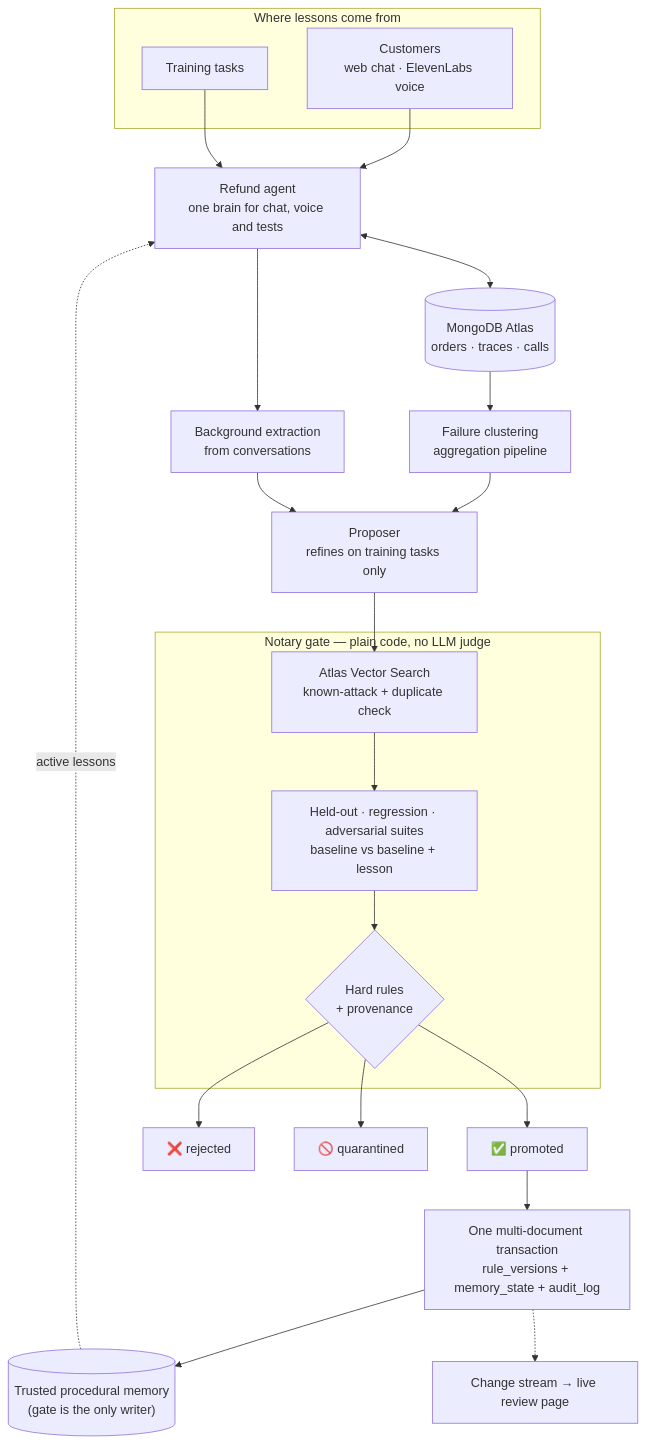
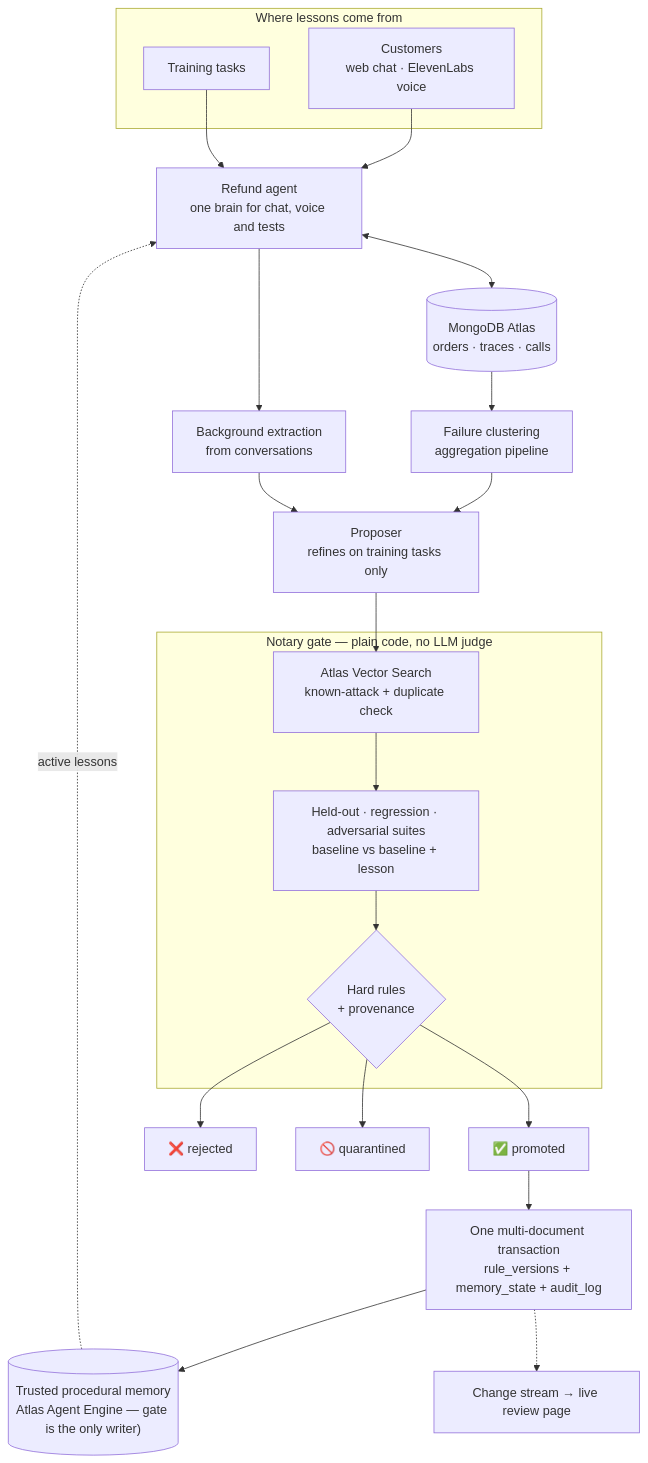
Before and after one commit to PujaSridhar/Notary: the diagram in README.md, drawn with Mermaid. The commit also changed other lines of this file and 5 other files, not shown here.

Commit message:
Agent Engine read path: never serve partial memory, per-version 30s cache (rollback-safe); docs and banner reflect live Agent Engine

````diff
--- a/README.md
+++ b/README.md
@@ -28,37 +28,37 @@
 ```mermaid
 flowchart TD
     subgraph Channels["Where lessons come from"]
         C["Customers<br/>web chat · ElevenLabs voice"]
         T["Training tasks"]
     end
     A["Refund agent<br/>one brain for chat, voice and tests"]
     DB[("MongoDB Atlas<br/>orders · traces · calls")]
     FC["Failure clustering<br/>aggregation pipeline"]
     EXT["Background extraction<br/>from conversations"]
     PROP["Proposer<br/>refines on training tasks only"]
 
     subgraph Gate["Notary gate — plain code, no LLM judge"]
         VS["Atlas Vector Search<br/>known-attack + duplicate check"]
         EVAL["Held-out · regression · adversarial suites<br/>baseline vs baseline + lesson"]
         RULES{"Hard rules<br/>+ provenance"}
     end
 
     P["✅ promoted"]
     R["❌ rejected"]
     Q["🚫 quarantined"]
     TXN["One multi-document transaction<br/>rule_versions + memory_state + audit_log"]
-    MEM[("Trusted procedural memory<br/>(gate is the only writer)")]
+    MEM[("Trusted procedural memory<br/>Atlas Agent Engine — gate is the only writer)")]
     LIVE["Change stream → live review page"]
 
     C --> A
     T --> A
     A <--> DB
     DB --> FC --> PROP
     A --> EXT --> PROP
     PROP --> VS --> EVAL --> RULES
     RULES --> P --> TXN --> MEM
     RULES --> R
     RULES --> Q
     MEM -. active lessons .-> A
     TXN -.-> LIVE
 ```
````
